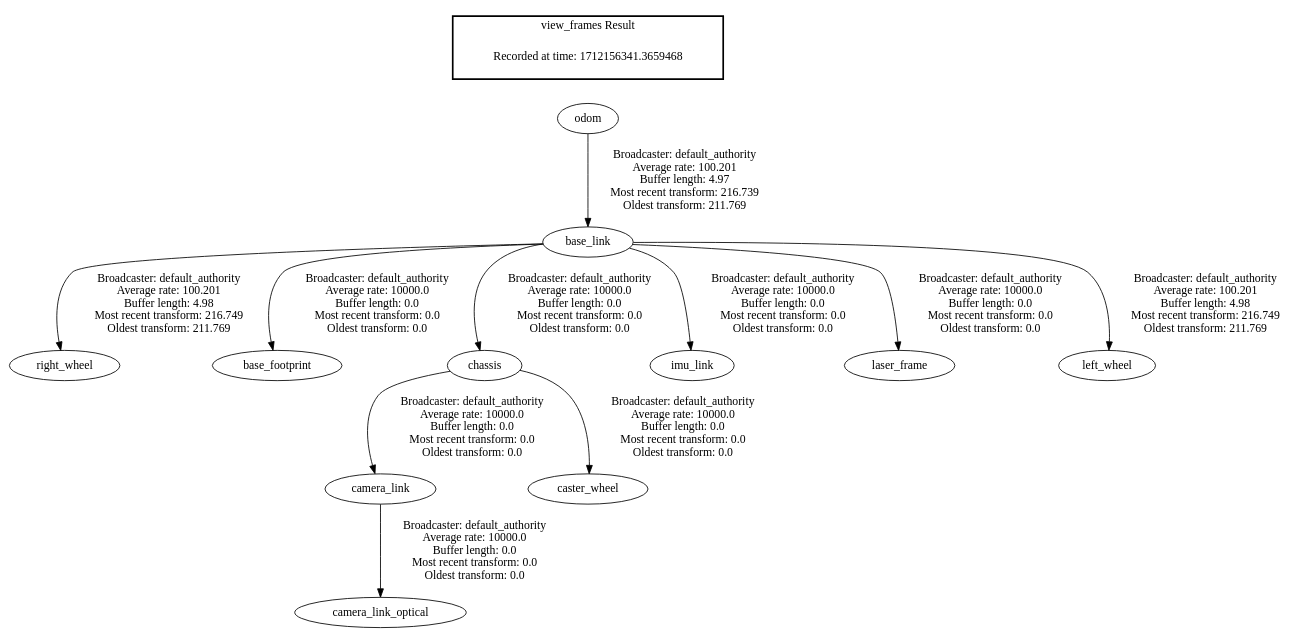
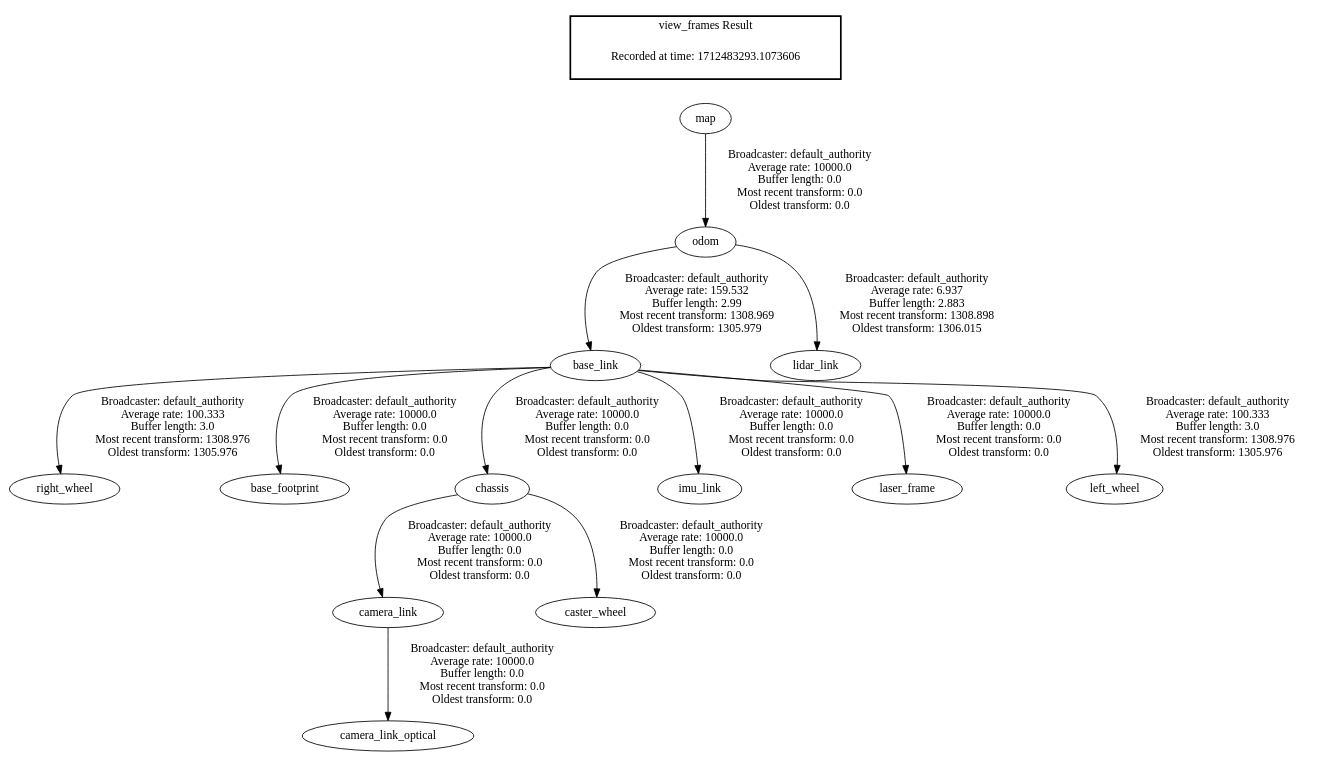
One commit to KoaBou/Robot_LiDAR3d changed the diagram in frames.gv. Above: the diagram before and after it, drawn with Graphviz. The commit also changed 604 other files, not shown here.

```diff
--- a/frames.gv
+++ b/frames.gv
@@ -1,16 +1,18 @@
 digraph G {
-"base_link" -> "right_wheel"[label=" Broadcaster: default_authority\nAverage rate: 100.201\nBuffer length: 4.98\nMost recent transform: 216.749\nOldest transform: 211.769\n"];
-"odom" -> "base_link"[label=" Broadcaster: default_authority\nAverage rate: 100.201\nBuffer length: 4.97\nMost recent transform: 216.739\nOldest transform: 211.769\n"];
+"base_link" -> "right_wheel"[label=" Broadcaster: default_authority\nAverage rate: 100.333\nBuffer length: 3.0\nMost recent transform: 1308.976\nOldest transform: 1305.976\n"];
+"odom" -> "base_link"[label=" Broadcaster: default_authority\nAverage rate: 159.532\nBuffer length: 2.99\nMost recent transform: 1308.969\nOldest transform: 1305.979\n"];
 "base_link" -> "base_footprint"[label=" Broadcaster: default_authority\nAverage rate: 10000.0\nBuffer length: 0.0\nMost recent transform: 0.0\nOldest transform: 0.0\n"];
 "chassis" -> "camera_link"[label=" Broadcaster: default_authority\nAverage rate: 10000.0\nBuffer length: 0.0\nMost recent transform: 0.0\nOldest transform: 0.0\n"];
 "base_link" -> "chassis"[label=" Broadcaster: default_authority\nAverage rate: 10000.0\nBuffer length: 0.0\nMost recent transform: 0.0\nOldest transform: 0.0\n"];
 "camera_link" -> "camera_link_optical"[label=" Broadcaster: default_authority\nAverage rate: 10000.0\nBuffer length: 0.0\nMost recent transform: 0.0\nOldest transform: 0.0\n"];
 "chassis" -> "caster_wheel"[label=" Broadcaster: default_authority\nAverage rate: 10000.0\nBuffer length: 0.0\nMost recent transform: 0.0\nOldest transform: 0.0\n"];
 "base_link" -> "imu_link"[label=" Broadcaster: default_authority\nAverage rate: 10000.0\nBuffer length: 0.0\nMost recent transform: 0.0\nOldest transform: 0.0\n"];
 "base_link" -> "laser_frame"[label=" Broadcaster: default_authority\nAverage rate: 10000.0\nBuffer length: 0.0\nMost recent transform: 0.0\nOldest transform: 0.0\n"];
-"base_link" -> "left_wheel"[label=" Broadcaster: default_authority\nAverage rate: 100.201\nBuffer length: 4.98\nMost recent transform: 216.749\nOldest transform: 211.769\n"];
+"base_link" -> "left_wheel"[label=" Broadcaster: default_authority\nAverage rate: 100.333\nBuffer length: 3.0\nMost recent transform: 1308.976\nOldest transform: 1305.976\n"];
+"map" -> "odom"[label=" Broadcaster: default_authority\nAverage rate: 10000.0\nBuffer length: 0.0\nMost recent transform: 0.0\nOldest transform: 0.0\n"];
+"odom" -> "lidar_link"[label=" Broadcaster: default_authority\nAverage rate: 6.937\nBuffer length: 2.883\nMost recent transform: 1308.898\nOldest transform: 1306.015\n"];
 edge [style=invis];
  subgraph cluster_legend { style=bold; color=black; label ="view_frames Result";
-"Recorded at time: 1712156341.3659468"[ shape=plaintext ] ;
-}->"odom";
+"Recorded at time: 1712483293.1073606"[ shape=plaintext ] ;
+}->"map";
 }
```
